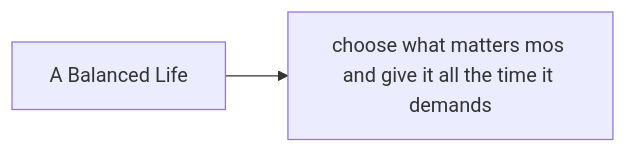
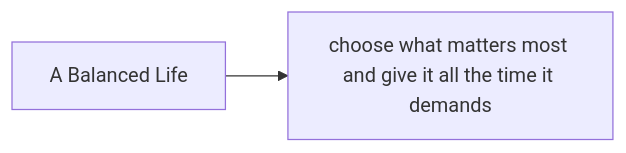
Before and after one commit to criscara-dev/dendron-template: the ninth of 12 diagrams in vault/books.the-one-thing.md, drawn with Mermaid. The commit also changed other lines of this file and 1 other file, not shown here.

````diff
--- a/vault/books.the-one-thing.md
+++ b/vault/books.the-one-thing.md
@@ -67,4 +67,4 @@
 ```mermaid
     flowchart LR
-    in[A Balanced Life] --> out[choose what matters mos and give it all the time it demands] 
+    in[A Balanced Life] --> out[choose what matters most and give it all the time it demands] 
 ```
````
